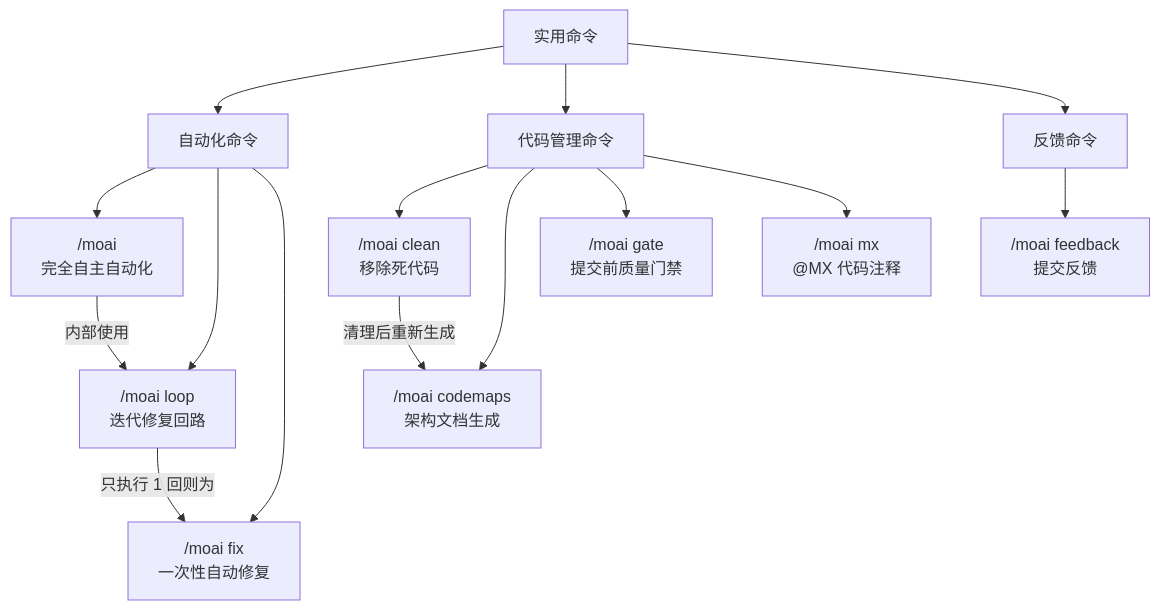
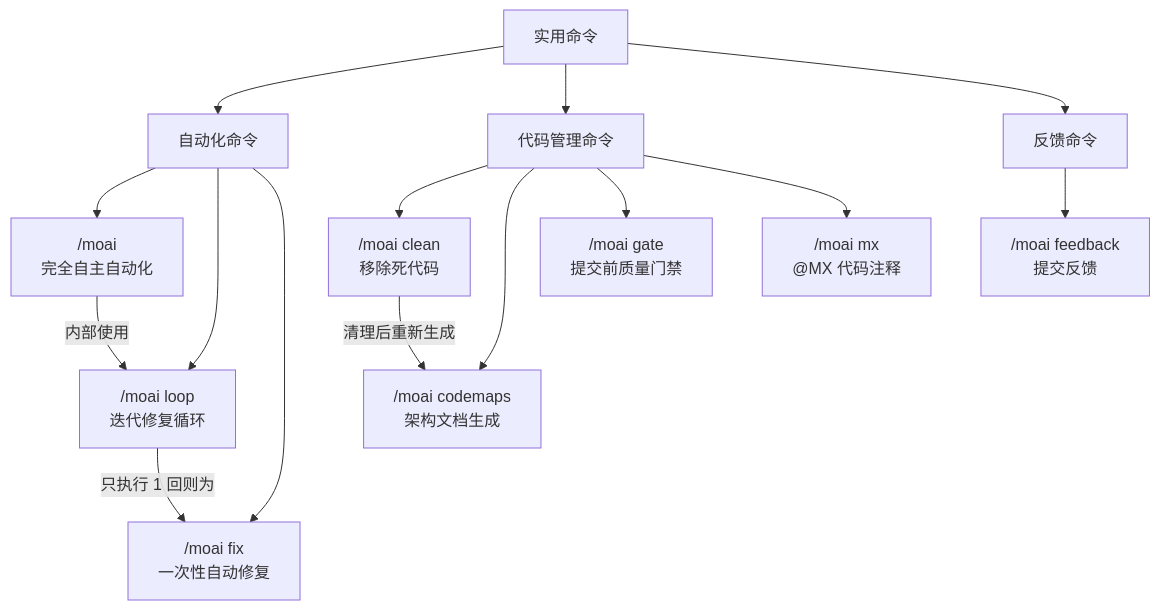
The diagram in docs-site/content/zh/utility-commands/_index.md (modu-ai/moai-adk), drawn with Mermaid before and after one commit. The commit also changed other lines of this file and 124 other files, not shown here.

````diff
--- a/docs-site/content/zh/utility-commands/_index.md
+++ b/docs-site/content/zh/utility-commands/_index.md
@@ -38,19 +38,19 @@
 ```mermaid
 flowchart TD
     A[实用命令] --> B[自动化命令]
     A --> C[代码管理命令]
     A --> D[反馈命令]
 
     B --> E["/moai<br/>完全自主自动化"]
-    B --> F["/moai loop<br/>迭代修复回路"]
+    B --> F["/moai loop<br/>迭代修复循环"]
     B --> G["/moai fix<br/>一次性自动修复"]
     C --> H["/moai clean<br/>移除死代码"]
     C --> I["/moai codemaps<br/>架构文档生成"]
     C --> K["/moai gate<br/>提交前质量门禁"]
     C --> L["/moai mx<br/>@MX 代码注释"]
     D --> J["/moai feedback<br/>提交反馈"]
 
     E -->|内部使用| F
     F -->|只执行 1 回则为| G
     H -->|清理后重新生成| I
 ```
````
